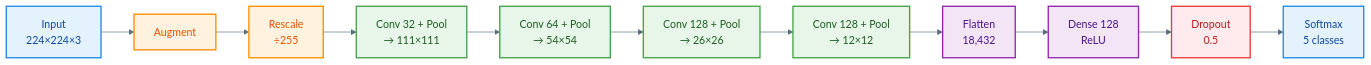
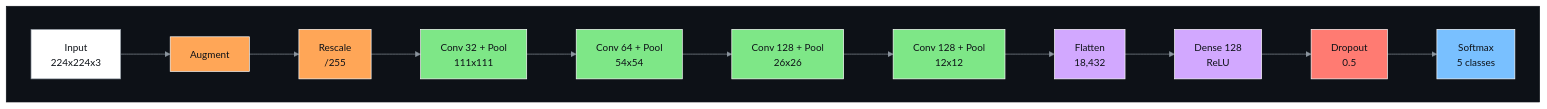
One commit to sidhantds/Waste-Classification changed the third of 6 diagrams in README.md. Above: the diagram before and after it, drawn with Mermaid. The commit also changed other lines of this file, not shown here.

````diff
--- a/README.md
+++ b/README.md
@@ -208,19 +270,25 @@
 ```mermaid
-%%{init: {'theme': 'base', 'themeVariables': {'background': '#ffffff', 'lineColor': '#546E7A', 'fontFamily': 'Arial'}}}%%
+%%{init: {'theme': 'base', 'themeVariables': {'background': '#0d1117', 'lineColor': '#8b949e', 'textColor': '#0d1117', 'clusterBkg': '#161b22', 'clusterBorder': '#30363d', 'titleColor': '#e6edf3', 'fontFamily': 'Arial', 'fontSize': '15px'}}}%%
 flowchart LR
-    I["Input<br/>224×224×3"]:::io --> AU["Augment"]:::prep --> R["Rescale<br/>÷255"]:::prep
-    R --> C1["Conv 32 + Pool<br/>→ 111×111"]:::conv
-    C1 --> C2["Conv 64 + Pool<br/>→ 54×54"]:::conv
-    C2 --> C3["Conv 128 + Pool<br/>→ 26×26"]:::conv
-    C3 --> C4["Conv 128 + Pool<br/>→ 12×12"]:::conv
-    C4 --> F["Flatten<br/>18,432"]:::dense
-    F --> D["Dense 128<br/>ReLU"]:::dense
-    D --> DO["Dropout<br/>0.5"]:::reg
-    DO --> O["Softmax<br/>5 classes"]:::io
+    subgraph BG[" "]
+        direction LR
+        I["Input<br/>224x224x3"]:::white --> AU["Augment"]:::orange --> R["Rescale<br/>/255"]:::orange
+        R --> C1["Conv 32 + Pool<br/>111x111"]:::green
+        C1 --> C2["Conv 64 + Pool<br/>54x54"]:::green
+        C2 --> C3["Conv 128 + Pool<br/>26x26"]:::green
+        C3 --> C4["Conv 128 + Pool<br/>12x12"]:::green
+        C4 --> F["Flatten<br/>18,432"]:::purple
+        F --> D["Dense 128<br/>ReLU"]:::purple
+        D --> DO["Dropout<br/>0.5"]:::red
+        DO --> O["Softmax<br/>5 classes"]:::blue
+    end
 
-    classDef io fill:#E3F2FD,stroke:#1E88E5,stroke-width:2px,color:#0D47A1
-    classDef prep fill:#FFF3E0,stroke:#FB8C00,stroke-width:2px,color:#E65100
-    classDef conv fill:#E8F5E9,stroke:#43A047,stroke-width:2px,color:#1B5E20
-    classDef dense fill:#F3E5F5,stroke:#8E24AA,stroke-width:2px,color:#4A148C
-    classDef reg fill:#FFEBEE,stroke:#E53935,stroke-width:2px,color:#B71C1C
+    classDef blue fill:#79c0ff,stroke:#ffffff,stroke-width:1px,color:#0d1117
+    classDef orange fill:#ffa657,stroke:#ffffff,stroke-width:1px,color:#0d1117
+    classDef green fill:#7ee787,stroke:#ffffff,stroke-width:1px,color:#0d1117
+    classDef purple fill:#d2a8ff,stroke:#ffffff,stroke-width:1px,color:#0d1117
+    classDef red fill:#ff7b72,stroke:#ffffff,stroke-width:1px,color:#0d1117
+    classDef white fill:#ffffff,stroke:#8b949e,stroke-width:1px,color:#0d1117
+
+    style BG fill:#0d1117,stroke:#0d1117
 ```
````
